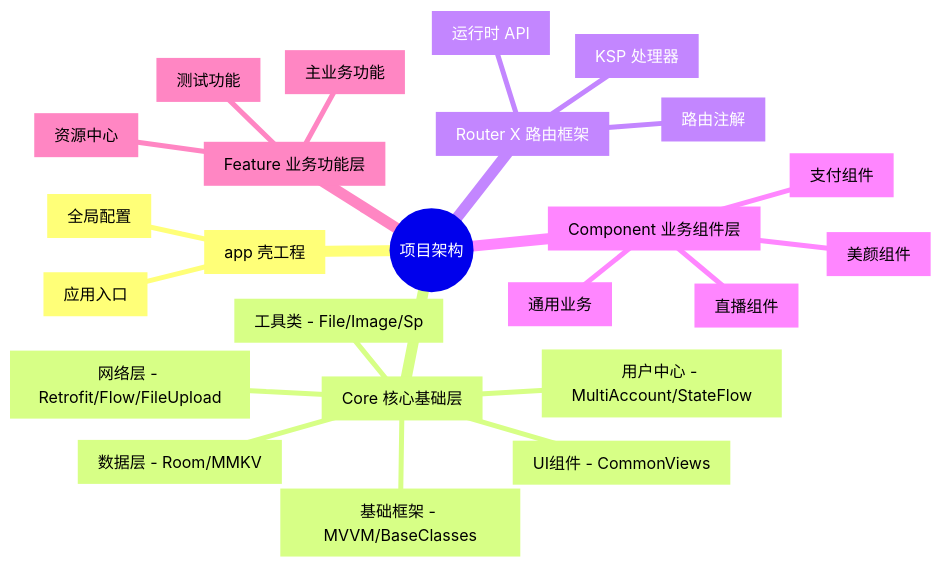
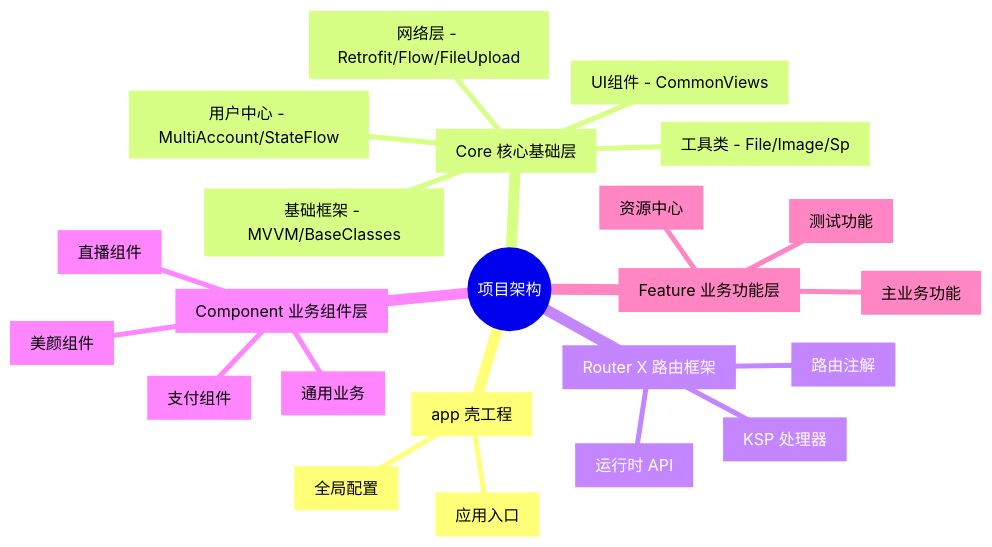
One commit to wukuiqing49/ApplicationArchitecture changed the diagram in docs/readme.md. Above: the diagram before and after it, drawn with Mermaid. The commit also changed other lines of this file and 332 other files, not shown here.

````diff
--- a/docs/readme.md
+++ b/docs/readme.md
@@ -12,36 +12,35 @@
 ```mermaid
 mindmap
   root((项目架构))
     App[app 壳工程]
       ::icon(fa fa-rocket)
       Entry[应用入口]
       Config[全局配置]
     
     Core[Core 核心基础层]
       ::icon(fa fa-cube)
       core_base[基础框架 - MVVM/BaseClasses]
       core_network[网络层 - Retrofit/Flow/FileUpload]
-      core_data[数据层 - Room/MMKV]
       core_user[用户中心 - MultiAccount/StateFlow]
       core_ui[UI组件 - CommonViews]
       core_util[工具类 - File/Image/Sp]
     
     Router[Router X 路由框架]
       ::icon(fa fa-route)
       router_annotation[路由注解]
       router_api[运行时 API]
       router_processor[KSP 处理器]
     
     Component[Component 业务组件层]
       ::icon(fa fa-puzzle-piece)
       component_pay[支付组件]
       component_live[直播组件]
       component_beauty[美颜组件]
       component_common[通用业务]
     
     Feature[Feature 业务功能层]
       ::icon(fa fa-layer-group)
       feature_app[主业务功能]
       feature_test[测试功能]
       feature_res[资源中心]
 ```
````
